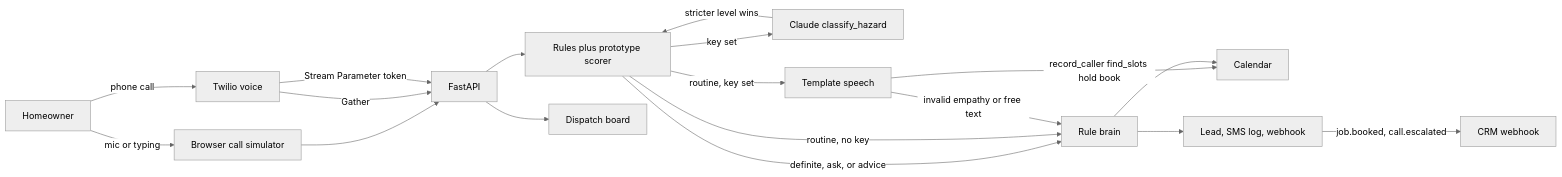
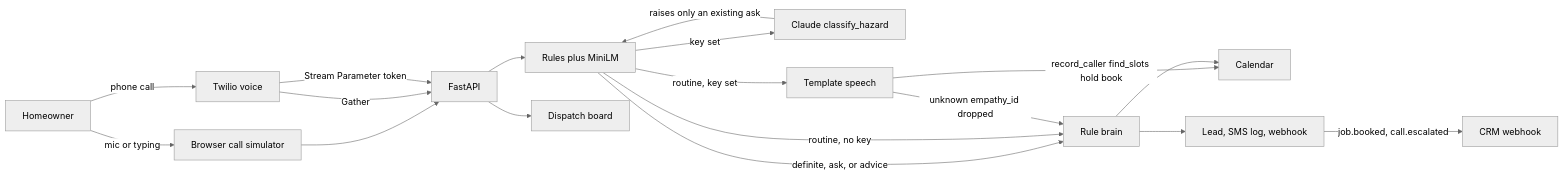
The diagram in README.md (asadurrehmandev/ai-receptionist-home-services), drawn with Mermaid (neutral theme) before and after one commit. The commit also changed other lines of this file and 21 other files, not shown here.

````diff
--- a/README.md
+++ b/README.md
@@ -32,32 +32,32 @@
 ```mermaid
 flowchart LR
   caller[Homeowner]
   sim[Browser call simulator]
   twilio[Twilio voice]
   api[FastAPI]
-  hazard[Rules plus prototype scorer]
+  hazard[Rules plus MiniLM]
   claude[Claude classify_hazard]
   rules[Rule brain]
   speech[Template speech]
   cal[Calendar]
   crm[Lead, SMS log, webhook]
   desk[Dispatch board]
 
   caller -->|mic or typing| sim
   caller -->|phone call| twilio
   sim --> api
   twilio -->|Gather| api
   twilio -->|Stream Parameter token| api
   api --> hazard
   hazard -->|key set| claude
-  claude -->|stricter level wins| hazard
+  claude -->|raises only an existing ask| hazard
   hazard -->|definite, ask, or advice| rules
   hazard -->|routine, no key| rules
   hazard -->|routine, key set| speech
   speech -->|record_caller find_slots hold book| cal
-  speech -->|invalid empathy or free text| rules
+  speech -->|unknown empathy_id dropped| rules
   rules --> cal
   rules --> crm
   crm -->|job.booked, call.escalated| hook[CRM webhook]
   api --> desk
 ```
````
